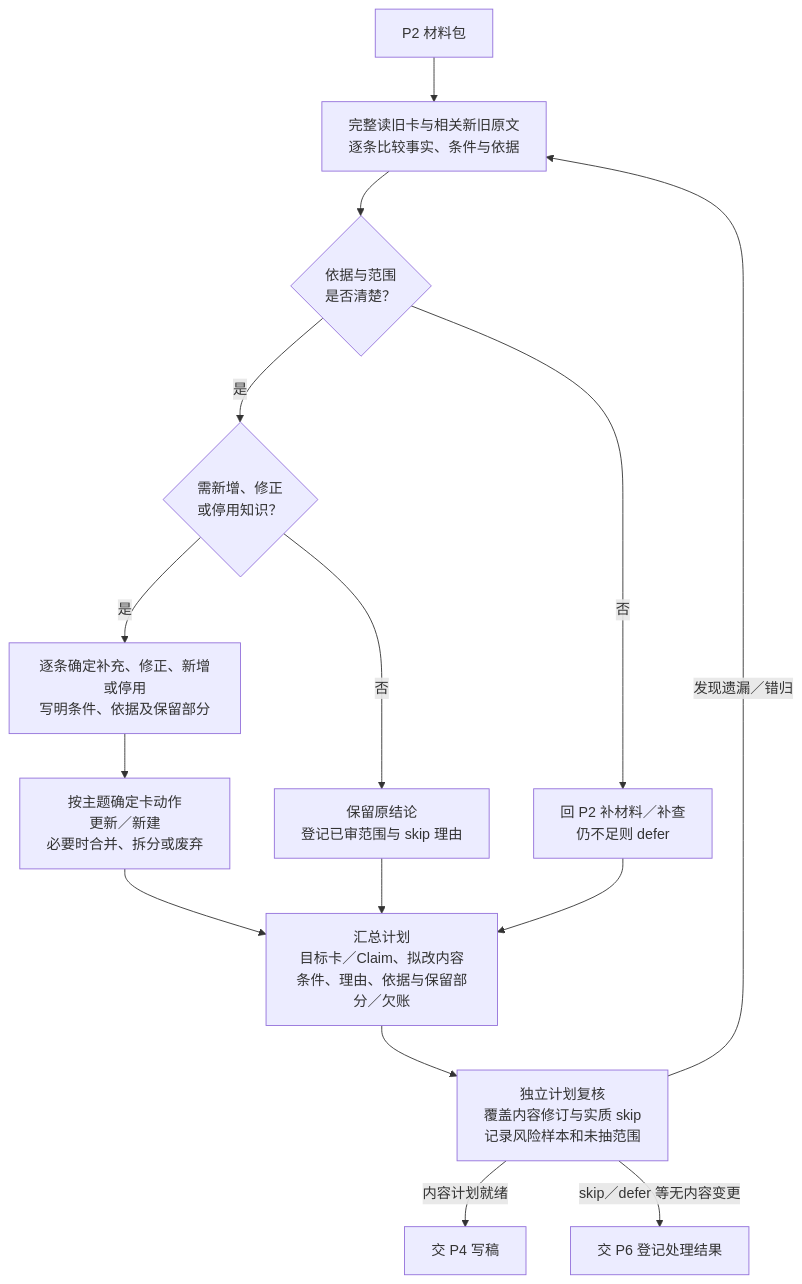
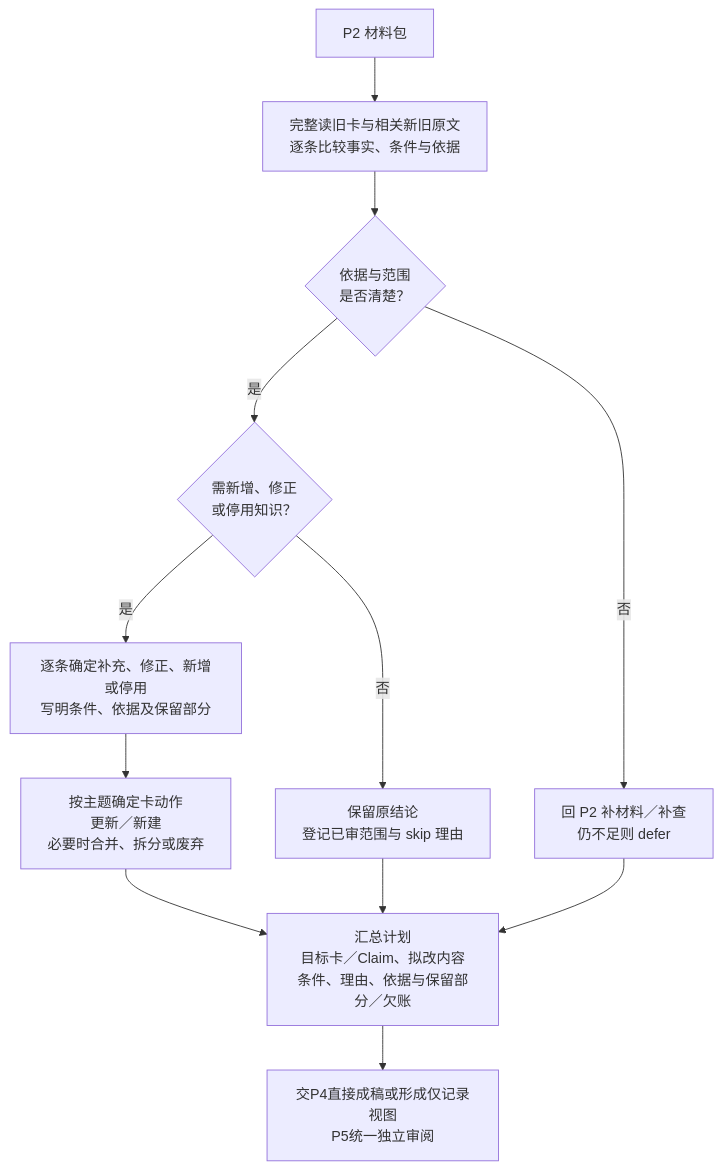
Diagram 14 of 27 in himate-knowledge-wifi-mp/docs-llm-wiki/知识库详细设计.md (Robin-hhc/FactumCore), drawn with Mermaid before and after one commit. The commit also changed other lines of this file and 323 other files, not shown here.

````diff
--- a/himate-knowledge-wifi-mp/docs-llm-wiki/知识库详细设计.md
+++ b/himate-knowledge-wifi-mp/docs-llm-wiki/知识库详细设计.md
@@ -528,17 +503,14 @@
 ```mermaid
 flowchart TD
     MAT["P2 材料包"] --> READ["完整读旧卡与相关新旧原文<br/>逐条比较事实、条件与依据"]
     READ --> ENOUGH{"依据与范围<br/>是否清楚？"}
     ENOUGH -->|"否"| GAP["回 P2 补材料／补查<br/>仍不足则 defer"]
     ENOUGH -->|"是"| CHANGE{"需新增、修正<br/>或停用知识？"}
     CHANGE -->|"否"| KEEP["保留原结论<br/>登记已审范围与 skip 理由"]
     CHANGE -->|"是"| CLAIM["逐条确定补充、修正、新增或停用<br/>写明条件、依据及保留部分"]
     CLAIM --> CARD["按主题确定卡动作<br/>更新／新建<br/>必要时合并、拆分或废弃"]
     CARD --> PLAN["汇总计划<br/>目标卡／Claim、拟改内容<br/>条件、理由、依据与保留部分／欠账"]
     KEEP --> PLAN
     GAP --> PLAN
-    PLAN --> REVIEW["独立计划复核<br/>覆盖内容修订与实质 skip<br/>记录风险样本和未抽范围"]
-    REVIEW -->|"发现遗漏／错归"| READ
-    REVIEW -->|"内容计划就绪"| P4["交 P4 写稿"]
-    REVIEW -->|"skip／defer 等无内容变更"| P6["交 P6 登记处理结果"]
+    PLAN --> P4["交P4直接成稿或形成仅记录视图<br/>P5统一独立审阅"]
 ```
````
